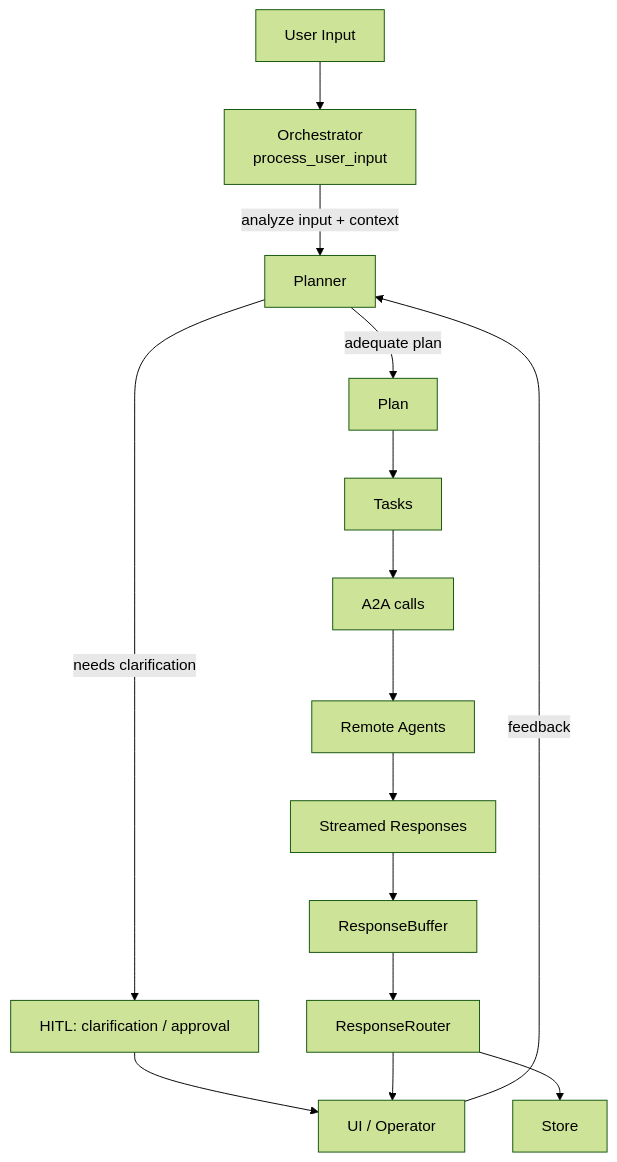
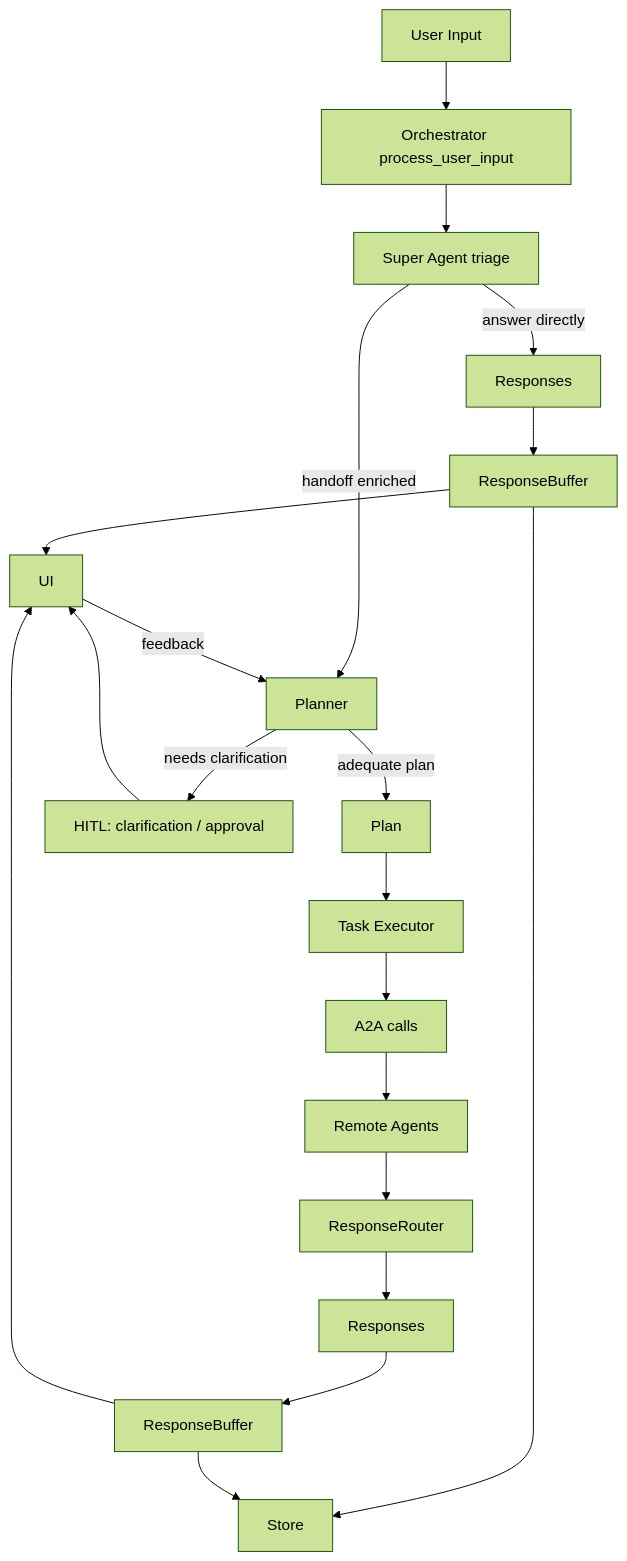
Before and after one commit to zhangtao0212/my-valuecell: the second of 3 diagrams in docs/CORE_ARCHITECTURE.md, drawn with Mermaid (forest theme). The commit also changed other lines of this file and 56 other files, not shown here.

First line of the commit message:
refactor: break orchestrator into several core services to better support scheduled tasks (#198)

````diff
--- a/docs/CORE_ARCHITECTURE.md
+++ b/docs/CORE_ARCHITECTURE.md
@@ -18,18 +83,22 @@
 ```mermaid
 flowchart TD
-  U[User Input] --> O[Orchestrator
-   process_user_input] 
-  O -->|analyze input + context| P[Planner]
+  U[User Input] --> O[Orchestrator process_user_input]
+  O --> SA[Super Agent triage]
+  SA -->|answer directly| SR1[Responses]
+  SR1 --> RB1[ResponseBuffer]
+  RB1 --> UI
+  RB1 --> ST[Store]
+  SA -->|handoff enriched| P[Planner]
   P -->|adequate plan| PL[Plan]
   P -->|needs clarification| HITL[HITL: clarification / approval]
-  HITL --> UI[UI / Operator]
+  HITL --> UI
   UI -->|feedback| P
-  PL --> T[Tasks]
+  PL --> T[Task Executor]
   T --> A2A[A2A calls]
   A2A --> RA[Remote Agents]
-  RA --> SR[Streamed Responses]
-  SR --> RB[ResponseBuffer]
-  RB --> RR[ResponseRouter]
-  RR --> UI
-  RR --> ST[Store]
+  RA --> RR2[ResponseRouter]
+  RR2 --> SR2[Responses]
+  SR2 --> RB2[ResponseBuffer]
+  RB2 --> UI
+  RB2 --> ST[Store]
 ```
````
